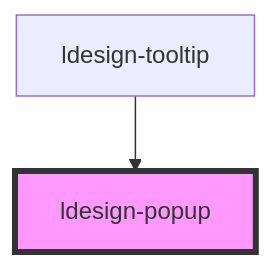
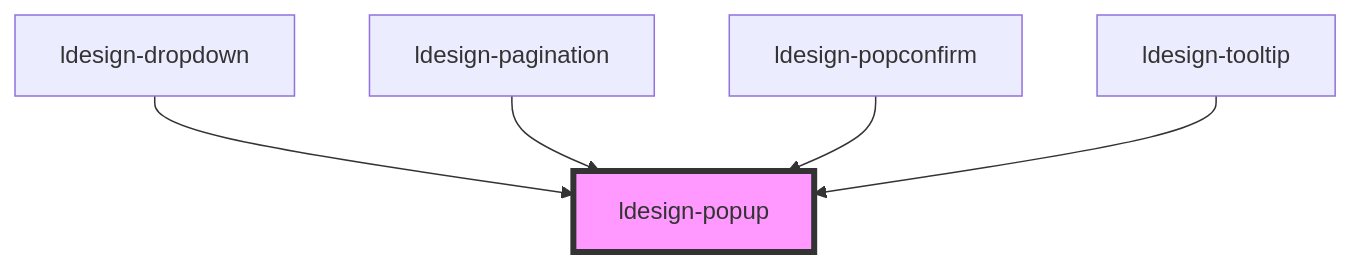
One commit to poly1603/ldesign changed the diagram in packages/webcomponent/src/components/popup/readme.md. Above: the diagram before and after it, drawn with Mermaid. The commit also changed other lines of this file and 25 other files, not shown here.

First line of the commit message:
feat(components): 新增 Dropdown 和 Pagination 组件并完善相关文档

````diff
--- a/packages/webcomponent/src/components/popup/readme.md
+++ b/packages/webcomponent/src/components/popup/readme.md
@@ -50,5 +92,8 @@
 ```mermaid
 graph TD;
+  ldesign-dropdown --> ldesign-popup
+  ldesign-pagination --> ldesign-popup
+  ldesign-popconfirm --> ldesign-popup
   ldesign-tooltip --> ldesign-popup
   style ldesign-popup fill:#f9f,stroke:#333,stroke-width:4px
 ```
````
